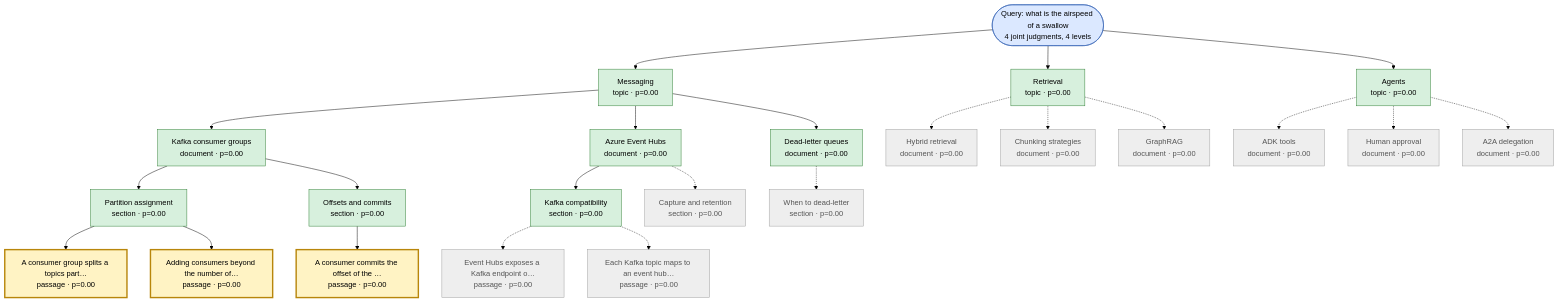
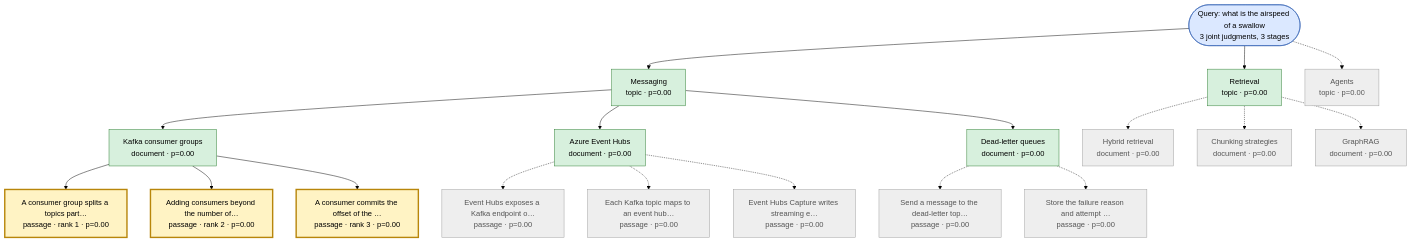
The diagram in agents/decision_rag/docs/diagrams/12-trace-abstain.mmd (biswajitNanda223/AgentVerse), drawn with Mermaid (forest theme) before and after one commit. The commit also changed 43 other files, not shown here.

First line of the commit message:
feat(decision_rag): follow the paper's Figure 2 pipeline (screen docs, score passages, optional choice rerank)

```diff
--- a/agents/decision_rag/docs/diagrams/12-trace-abstain.mmd
+++ b/agents/decision_rag/docs/diagrams/12-trace-abstain.mmd
@@ -1,54 +1,44 @@
 flowchart TD
-  n0(["Query: what is the airspeed of a swallow<br/>4 joint judgments, 4 levels"])
+  n0(["Query: what is the airspeed of a swallow<br/>3 joint judgments, 3 stages"])
   n1["Messaging<br/>topic · p=0.00"]
   n2["Retrieval<br/>topic · p=0.00"]
   n3["Agents<br/>topic · p=0.00"]
   n4["Kafka consumer groups<br/>document · p=0.00"]
   n5["Azure Event Hubs<br/>document · p=0.00"]
   n6["Dead-letter queues<br/>document · p=0.00"]
   n7["Hybrid retrieval<br/>document · p=0.00"]
   n8["Chunking strategies<br/>document · p=0.00"]
   n9["GraphRAG<br/>document · p=0.00"]
-  n10["ADK tools<br/>document · p=0.00"]
-  n11["Human approval<br/>document · p=0.00"]
-  n12["A2A delegation<br/>document · p=0.00"]
-  n13["Partition assignment<br/>section · p=0.00"]
-  n14["Offsets and commits<br/>section · p=0.00"]
-  n15["Kafka compatibility<br/>section · p=0.00"]
-  n16["Capture and retention<br/>section · p=0.00"]
-  n17["When to dead-letter<br/>section · p=0.00"]
-  n18["A consumer group splits a topics part…<br/>passage · p=0.00"]
-  n19["Adding consumers beyond the number of…<br/>passage · p=0.00"]
-  n20["A consumer commits the offset of the …<br/>passage · p=0.00"]
-  n21["Event Hubs exposes a Kafka endpoint o…<br/>passage · p=0.00"]
-  n22["Each Kafka topic maps to an event hub…<br/>passage · p=0.00"]
+  n10["A consumer group splits a topics part…<br/>passage · rank 1 · p=0.00"]
+  n11["Adding consumers beyond the number of…<br/>passage · rank 2 · p=0.00"]
+  n12["A consumer commits the offset of the …<br/>passage · rank 3 · p=0.00"]
+  n13["Event Hubs exposes a Kafka endpoint o…<br/>passage · p=0.00"]
+  n14["Each Kafka topic maps to an event hub…<br/>passage · p=0.00"]
+  n15["Event Hubs Capture writes streaming e…<br/>passage · p=0.00"]
+  n16["Send a message to the dead-letter top…<br/>passage · p=0.00"]
+  n17["Store the failure reason and attempt …<br/>passage · p=0.00"]
   n0 --> n1
   n0 --> n2
-  n0 --> n3
+  n0 -.-> n3
   n1 --> n4
   n1 --> n5
   n1 --> n6
   n2 -.-> n7
   n2 -.-> n8
   n2 -.-> n9
-  n3 -.-> n10
-  n3 -.-> n11
-  n3 -.-> n12
-  n4 --> n13
-  n4 --> n14
-  n5 --> n15
-  n5 -.-> n16
+  n4 --> n10
+  n4 --> n11
+  n4 --> n12
+  n5 -.-> n13
+  n5 -.-> n14
+  n5 -.-> n15
+  n6 -.-> n16
   n6 -.-> n17
-  n13 --> n18
-  n13 --> n19
-  n14 --> n20
-  n15 -.-> n21
-  n15 -.-> n22
   classDef kept fill:#d7f0dd,stroke:#2e7d32,color:#000
   classDef pruned fill:#eeeeee,stroke:#9e9e9e,color:#555
   classDef answer fill:#fff3c4,stroke:#b8860b,stroke-width:3px,color:#000
   classDef root fill:#dbe8ff,stroke:#2f5fb3,color:#000
   class n0 root
-  class n1,n2,n3,n4,n5,n6,n13,n14,n15 kept
-  class n7,n8,n9,n10,n11,n12,n16,n17,n21,n22 pruned
-  class n18,n19,n20 answer
+  class n1,n2,n4,n5,n6 kept
+  class n3,n7,n8,n9,n13,n14,n15,n16,n17 pruned
+  class n10,n11,n12 answer
```
